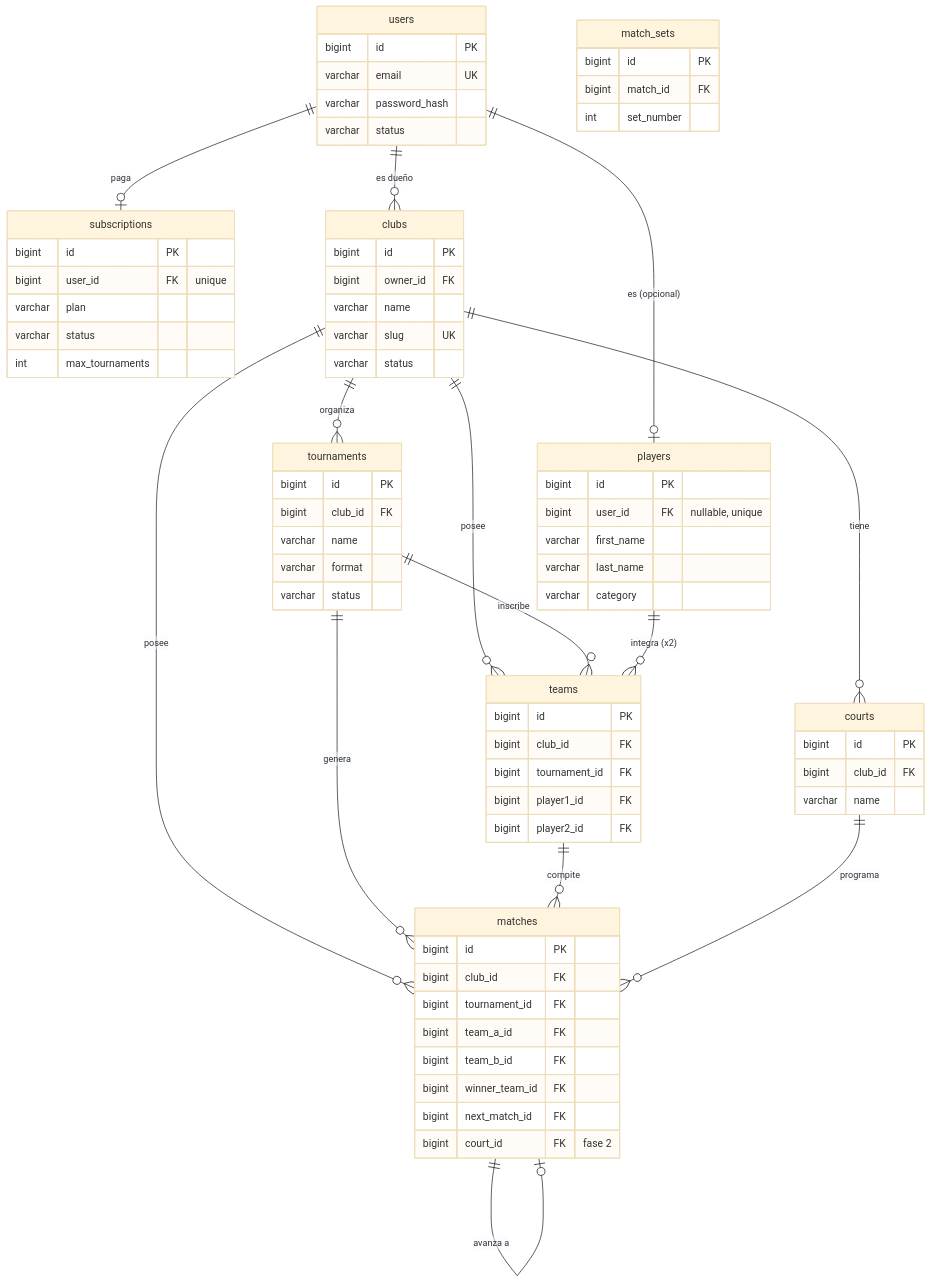
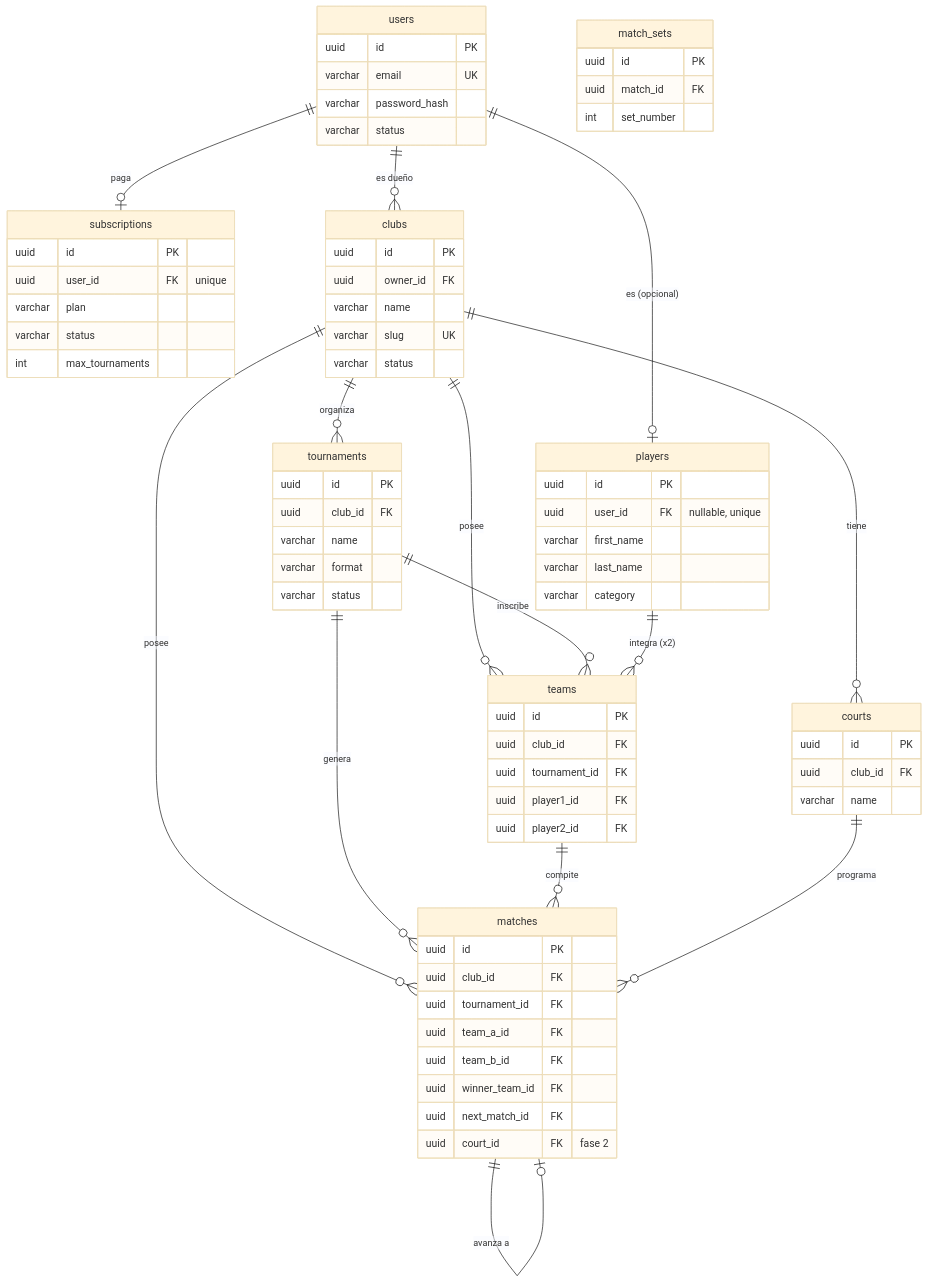
The diagram in docs/data-model.md (saaspaddle-sys/dupla-paddle-saas), drawn with Mermaid (base theme) before and after one commit. The commit also changed other lines of this file and 1 other file, not shown here.

````diff
--- a/docs/data-model.md
+++ b/docs/data-model.md
@@ -9,78 +9,78 @@
 ```mermaid
 erDiagram
     users {
-        bigint id PK
+        uuid id PK
         varchar email UK
         varchar password_hash
         varchar status
     }
     subscriptions {
-        bigint id PK
-        bigint user_id FK "unique"
+        uuid id PK
+        uuid user_id FK "unique"
         varchar plan
         varchar status
         int max_tournaments
     }
     players {
-        bigint id PK
-        bigint user_id FK "nullable, unique"
+        uuid id PK
+        uuid user_id FK "nullable, unique"
         varchar first_name
         varchar last_name
         varchar category
     }
     clubs {
-        bigint id PK
-        bigint owner_id FK
+        uuid id PK
+        uuid owner_id FK
         varchar name
         varchar slug UK
         varchar status
     }
     tournaments {
-        bigint id PK
-        bigint club_id FK
+        uuid id PK
+        uuid club_id FK
         varchar name
         varchar format
         varchar status
     }
     courts {
-        bigint id PK
-        bigint club_id FK
+        uuid id PK
+        uuid club_id FK
         varchar name
     }
     teams {
-        bigint id PK
-        bigint club_id FK
-        bigint tournament_id FK
-        bigint player1_id FK
-        bigint player2_id FK
+        uuid id PK
+        uuid club_id FK
+        uuid tournament_id FK
+        uuid player1_id FK
+        uuid player2_id FK
     }
     matches {
-        bigint id PK
-        bigint club_id FK
-        bigint tournament_id FK
-        bigint team_a_id FK
-        bigint team_b_id FK
-        bigint winner_team_id FK
-        bigint next_match_id FK
-        bigint court_id FK "fase 2"
+        uuid id PK
+        uuid club_id FK
+        uuid tournament_id FK
+        uuid team_a_id FK
+        uuid team_b_id FK
+        uuid winner_team_id FK
+        uuid next_match_id FK
+        uuid court_id FK "fase 2"
     }
     match_sets {
-        bigint id PK
-        bigint match_id FK
+        uuid id PK
+        uuid match_id FK
         int set_number
     }
 
     users ||--o| subscriptions : paga
     users ||--o| players : "es (opcional)"
     users ||--o{ clubs : "es dueño"
     clubs ||--o{ tournaments : organiza
     clubs ||--o{ courts : tiene
     clubs ||--o{ teams : posee
     clubs ||--o{ matches : posee
     tournaments ||--o{ teams : inscribe
     tournaments ||--o{ matches : genera
     players ||--o{ teams : "integra (x2)"
     teams ||--o{ matches : compite
     courts ||--o{ matches : programa
     matches ||--o| matches : "avanza a"
 ```
````
